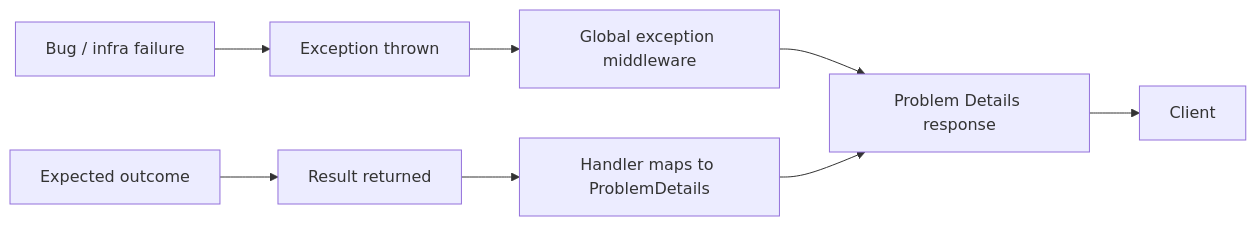
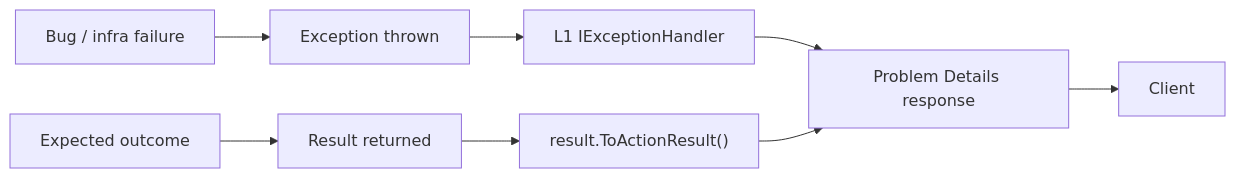
Before and after one commit to HodeTech/LearnStack: the diagram in docs/standards/09-error-handling.md, drawn with Mermaid. The commit also changed other lines of this file and 7 other files, not shown here.

````diff
--- a/docs/standards/09-error-handling.md
+++ b/docs/standards/09-error-handling.md
@@ -14,10 +14,10 @@
 ```mermaid
 flowchart LR
   bug[Bug / infra failure] --> exc[Exception thrown]
   expected[Expected outcome] --> result["Result<T> returned"]
-  exc --> middleware[Global exception middleware]
-  result --> handler[Handler maps to ProblemDetails]
-  middleware --> problemDetails[Problem Details response]
-  handler --> problemDetails
+  exc --> l1[L1 IExceptionHandler]
+  result --> mapper["result.ToActionResult()"]
+  l1 --> problemDetails[Problem Details response]
+  mapper --> problemDetails
   problemDetails --> client[Client]
 ```
````
